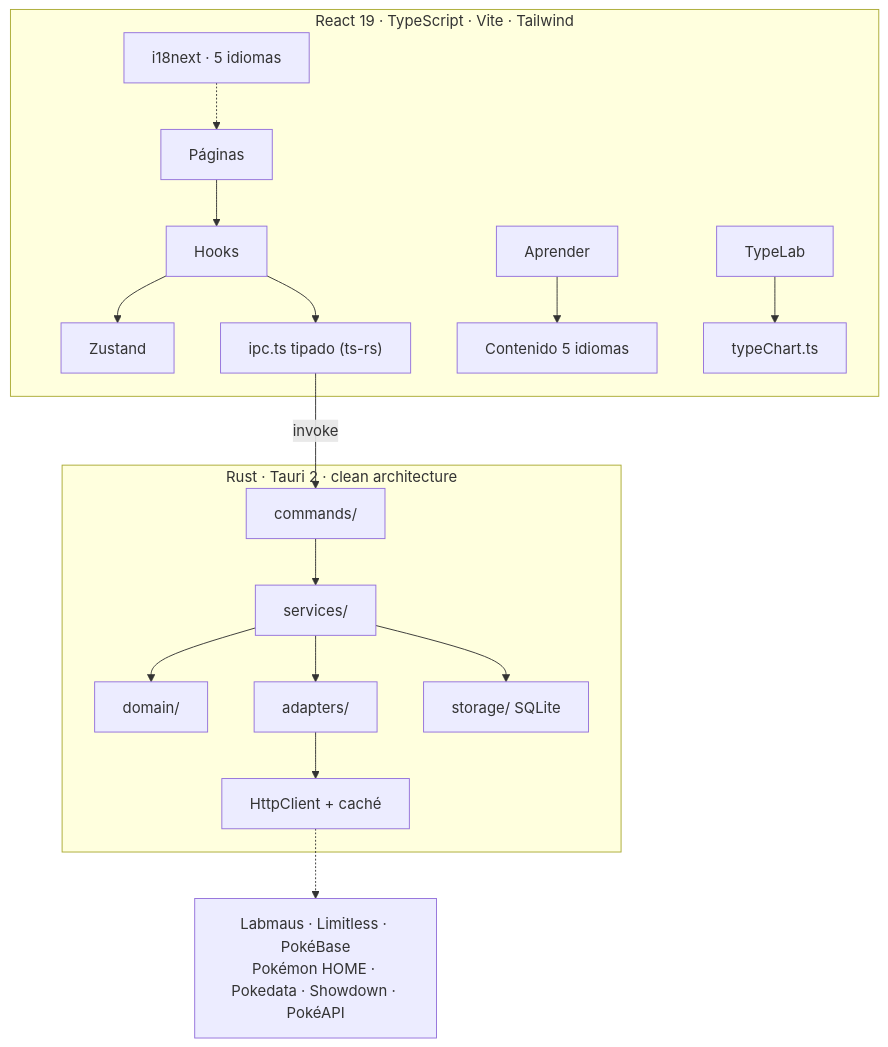
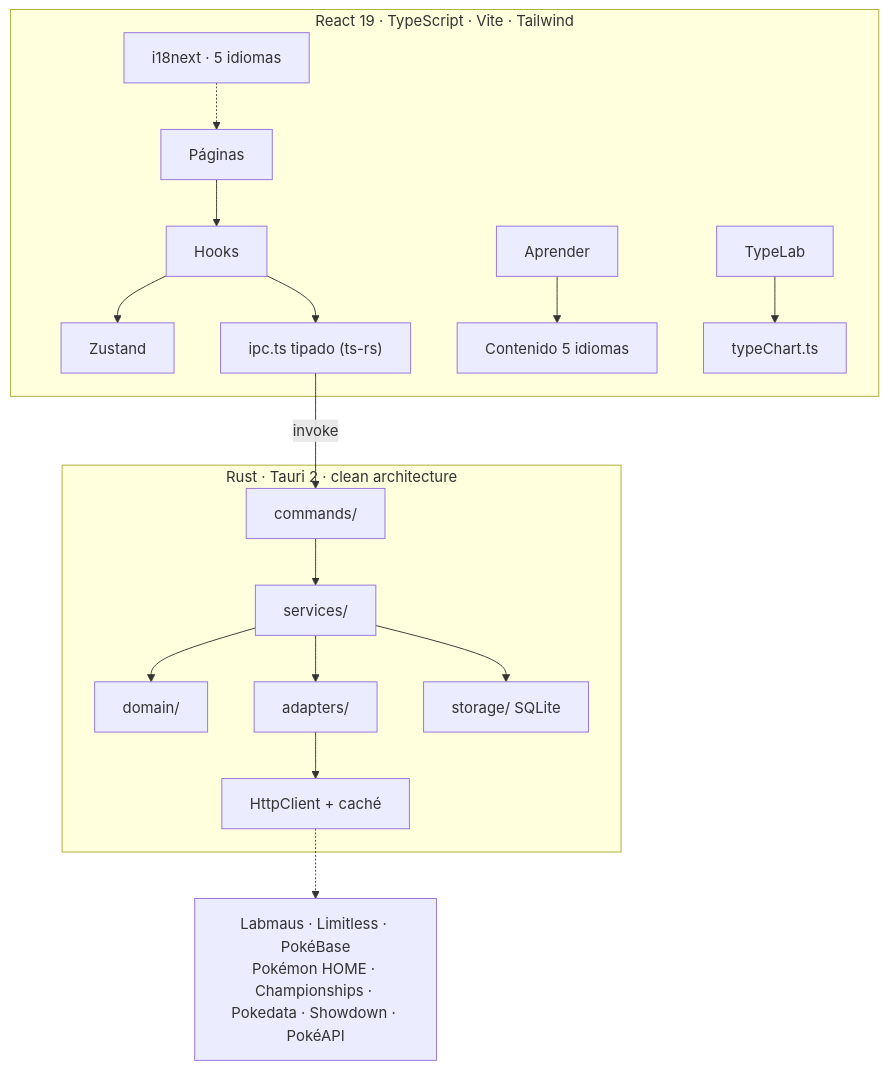
Before and after one commit to felipesuarez-dev/VGC-Reporter: the first of 2 diagrams in README.md, drawn with Mermaid. The commit also changed other lines of this file and 45 other files, not shown here.

````diff
--- a/README.md
+++ b/README.md
@@ -131,22 +135,22 @@
 ```mermaid
 flowchart TD
   subgraph FE["React 19 · TypeScript · Vite · Tailwind"]
     Pages[Páginas] --> Hooks[Hooks]
     Hooks --> Stores[Zustand]
     Hooks --> IPC["ipc.ts tipado (ts-rs)"]
     I18n["i18next · 5 idiomas"] -.-> Pages
     Learn[Aprender] --> Content[Contenido 5 idiomas]
     TypeLab[TypeLab] --> TypeChart[typeChart.ts]
   end
 
   IPC -->|invoke| CMD
   subgraph BE["Rust · Tauri 2 · clean architecture"]
     CMD[commands/] --> SVC[services/]
     SVC --> DOM[domain/]
     SVC --> ADP[adapters/]
     SVC --> STO[storage/ SQLite]
     ADP --> HTTP[HttpClient + caché]
   end
 
-  HTTP -.-> EXT["Labmaus · Limitless · PokéBase<br/>Pokémon HOME · Pokedata · Showdown · PokéAPI"]
+  HTTP -.-> EXT["Labmaus · Limitless · PokéBase<br/>Pokémon HOME · Championships · Pokedata · Showdown · PokéAPI"]
 ```
````
